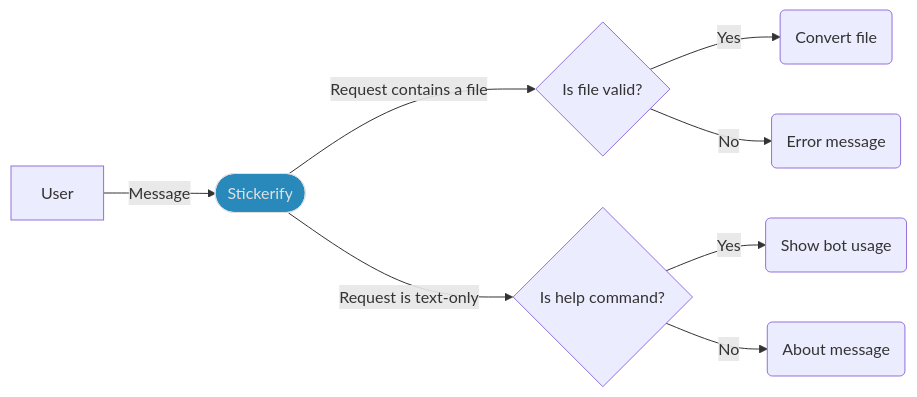
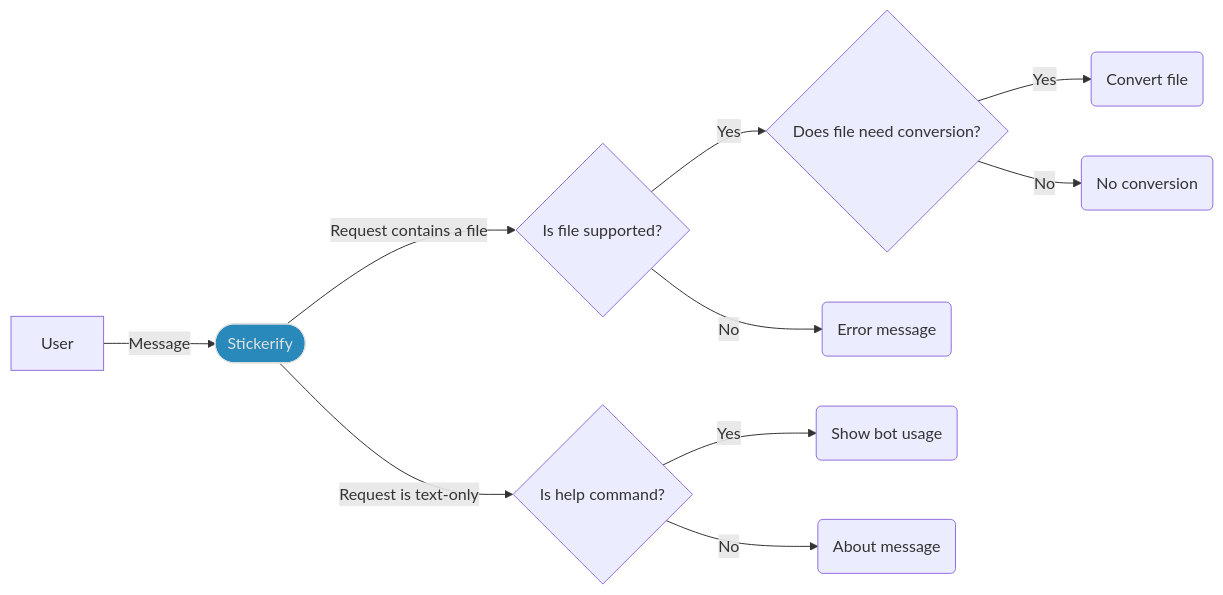
The diagram in README.md (Stickerifier/Stickerify), drawn with Mermaid before and after one commit. The commit also changed 1 other file, not shown here.

Commit message:
improved help message and updated flowchart to document the new 'file already valid' flow

````diff
--- a/README.md
+++ b/README.md
@@ -28,12 +28,14 @@
 ```mermaid
     flowchart LR
         A[User] -->|Message| B([Stickerify])
-        B -->|Request contains a file| C{Is file valid?}
+        B -->|Request contains a file| C{Is file supported?}
         click B "https://t.me/StickerifyImageBot" _blank
         style B fill:#2889ba,stroke:#e0e0e0,color:#e0e0e0
-        C -->|Yes| D(Convert file)
+        C -->|Yes| D{Does file need conversion?}
         C -->|No| E(Error message)
         B -->|Request is text-only| F{Is help command?}
         F -->|Yes| G(Show bot usage)
         F -->|No| H(About message)
+        D -->|Yes| J(Convert file)
+        D -->|No| K(No conversion)
 ```
````
